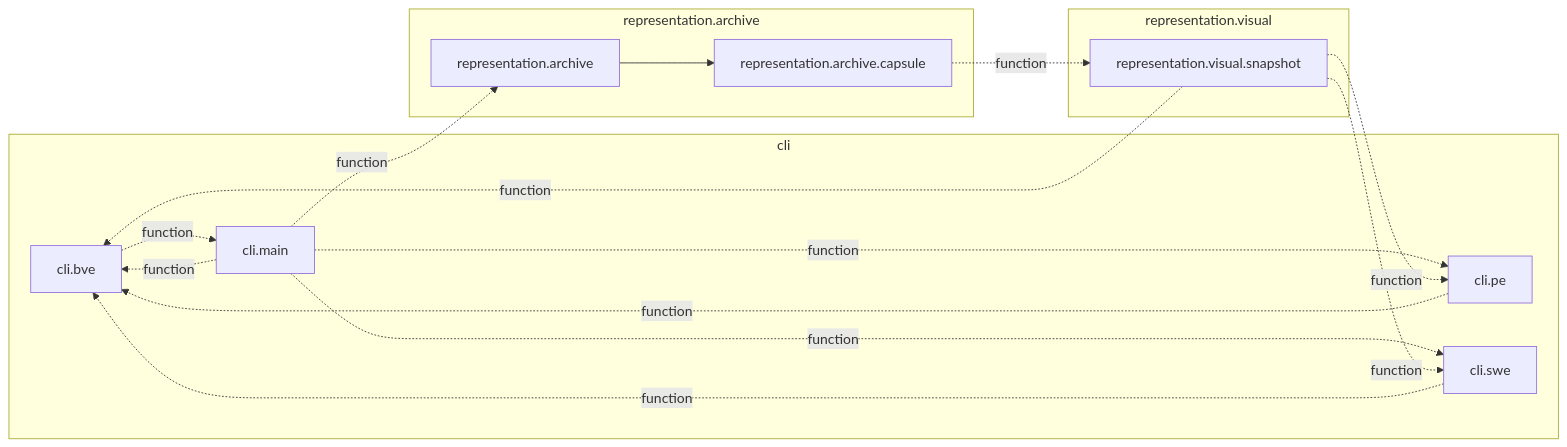
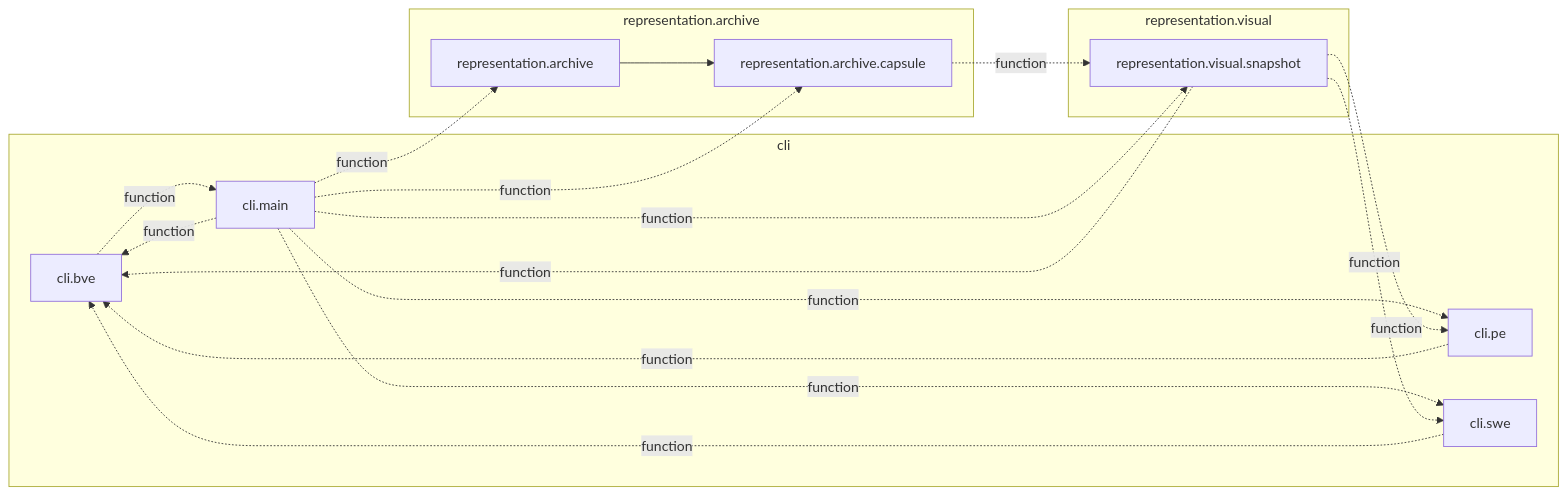
Before and after one commit to AlexandreEros/Palintropos: the diagram in docs/architecture/current/modules-cycles.mmd, drawn with Mermaid. The commit also changed 9 other files, not shown here.

```diff
--- a/docs/architecture/current/modules-cycles.mmd
+++ b/docs/architecture/current/modules-cycles.mmd
@@ -1,28 +1,30 @@
 %% Generated by tools.architecture 1.0.0. Do not edit by hand.
 %% Modules in nontrivial strongly connected components (import cycles), grouped by package. Dashed: edge made only of function-scope or TYPE_CHECKING imports.
 flowchart LR
     subgraph g_tropoi_ocli["cli"]
         n_tropoi_ocli_obve["cli.bve"]
         n_tropoi_ocli_omain["cli.main"]
         n_tropoi_ocli_ope["cli.pe"]
         n_tropoi_ocli_oswe["cli.swe"]
     end
     subgraph g_tropoi_orepresentation_oarchive["representation.archive"]
         n_tropoi_orepresentation_oarchive["representation.archive"]
         n_tropoi_orepresentation_oarchive_ocapsule["representation.archive.capsule"]
     end
     subgraph g_tropoi_orepresentation_ovisual["representation.visual"]
         n_tropoi_orepresentation_ovisual_osnapshot["representation.visual.snapshot"]
     end
     n_tropoi_ocli_obve -.->|function| n_tropoi_ocli_omain
     n_tropoi_ocli_omain -.->|function| n_tropoi_ocli_obve
     n_tropoi_ocli_omain -.->|function| n_tropoi_ocli_ope
     n_tropoi_ocli_omain -.->|function| n_tropoi_ocli_oswe
     n_tropoi_ocli_omain -.->|function| n_tropoi_orepresentation_oarchive
+    n_tropoi_ocli_omain -.->|function| n_tropoi_orepresentation_oarchive_ocapsule
+    n_tropoi_ocli_omain -.->|function| n_tropoi_orepresentation_ovisual_osnapshot
     n_tropoi_ocli_ope -.->|function| n_tropoi_ocli_obve
     n_tropoi_ocli_oswe -.->|function| n_tropoi_ocli_obve
     n_tropoi_orepresentation_oarchive --> n_tropoi_orepresentation_oarchive_ocapsule
     n_tropoi_orepresentation_oarchive_ocapsule -.->|function| n_tropoi_orepresentation_ovisual_osnapshot
     n_tropoi_orepresentation_ovisual_osnapshot -.->|function| n_tropoi_ocli_obve
     n_tropoi_orepresentation_ovisual_osnapshot -.->|function| n_tropoi_ocli_ope
     n_tropoi_orepresentation_ovisual_osnapshot -.->|function| n_tropoi_ocli_oswe
```
